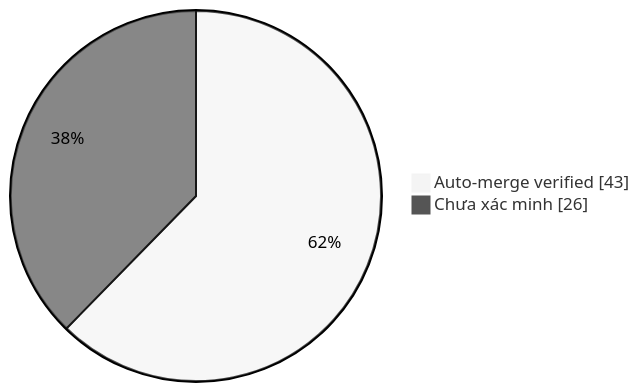
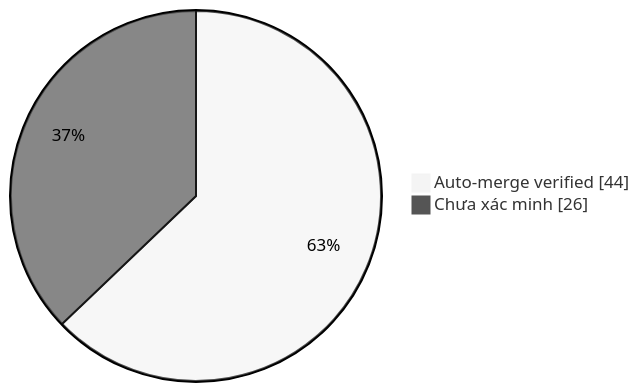
One commit to duykhang68/tetdinhmuiblog changed the diagram in collector.md. Above: the diagram before and after it, drawn with Mermaid (neutral theme). The commit also changed other lines of this file and 1 other file, not shown here.

Commit message:
docs(collector): update auto-merge evidence dashboard

````diff
--- a/collector.md
+++ b/collector.md
@@ -22,5 +22,5 @@
 ```mermaid
 pie showData
-    "Auto-merge verified" : 43
+    "Auto-merge verified" : 44
     "Chưa xác minh" : 26
 ```
````
